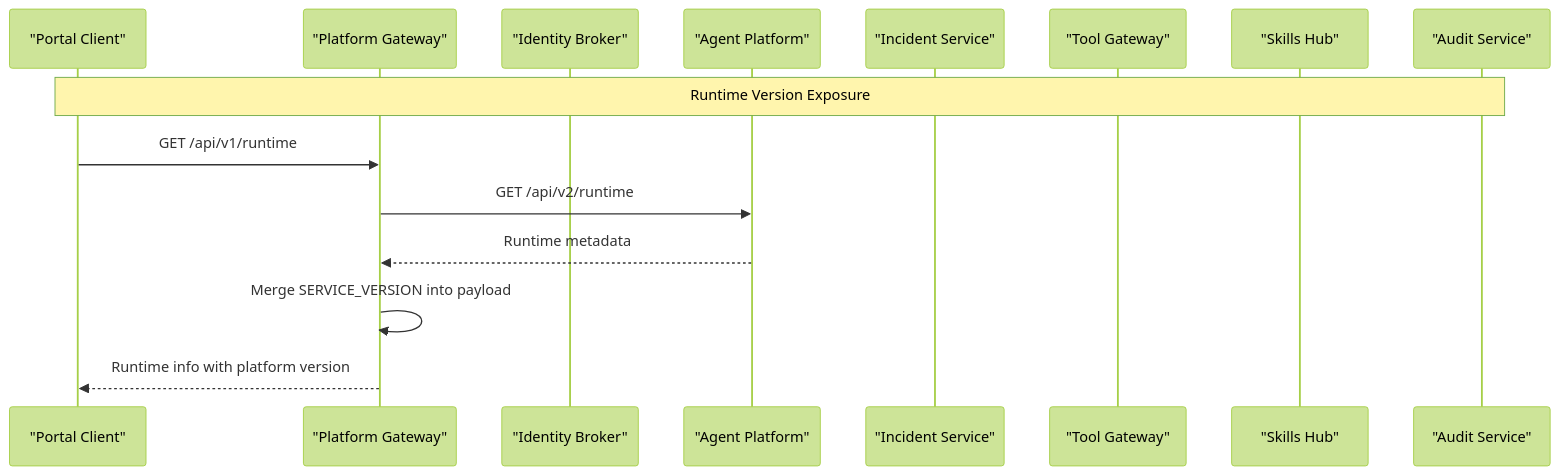
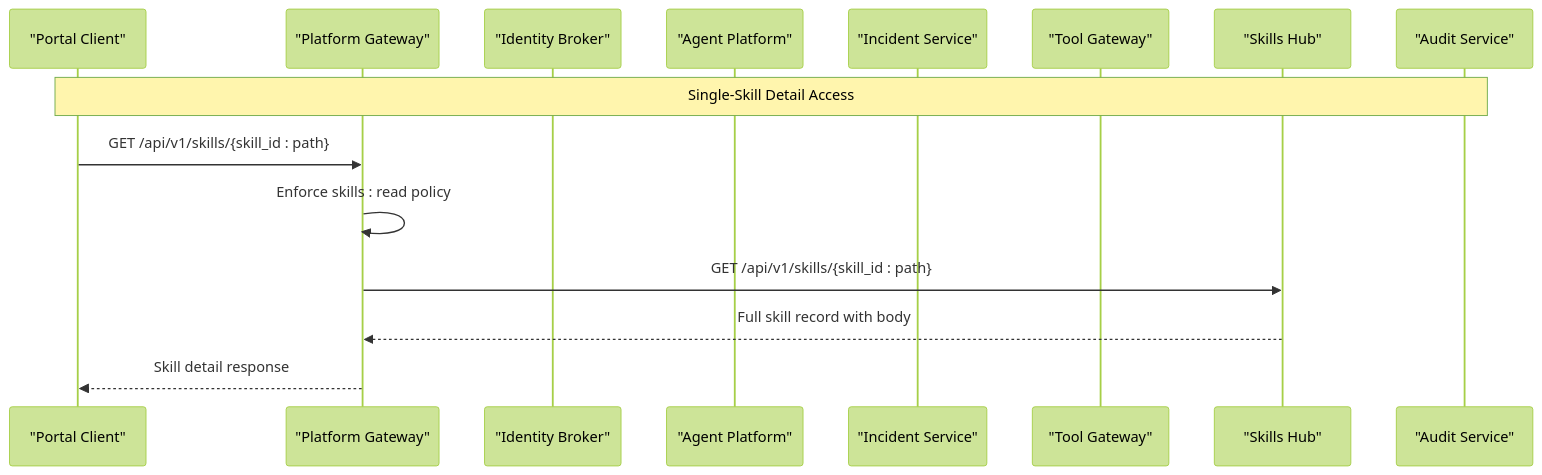
Before and after one commit to metasync/luban-aiops: the second of 17 diagrams in .qoder/repowiki/en/content/Architecture Documentation/Platform Gateway Service.md, drawn with Mermaid (forest theme). The commit also changed other lines of this file and 7 other files, not shown here.

````diff
--- a/.qoder/repowiki/en/content/Architecture Documentation/Platform Gateway Service.md
+++ b/.qoder/repowiki/en/content/Architecture Documentation/Platform Gateway Service.md
@@ -270,17 +273,17 @@
 ```mermaid
 sequenceDiagram
 participant Portal as "Portal Client"
 participant GW as "Platform Gateway"
 participant ID as "Identity Broker"
 participant AG as "Agent Platform"
 participant IS as "Incident Service"
 participant TG as "Tool Gateway"
 participant SH as "Skills Hub"
 participant AUD as "Audit Service"
-Note over Portal,AUD : Runtime Version Exposure
-Portal->>GW : GET /api/v1/runtime
-GW->>AG : GET /api/v2/runtime
-AG-->>GW : Runtime metadata
-GW->>GW : Merge SERVICE_VERSION into payload
-GW-->>Portal : Runtime info with platform version
+Note over Portal,AUD : Single-Skill Detail Access
+Portal->>GW : GET /api/v1/skills/{skill_id : path}
+GW->>GW : Enforce skills : read policy
+GW->>SH : GET /api/v1/skills/{skill_id : path}
+SH-->>GW : Full skill record with body
+GW-->>Portal : Skill detail response
 ```
````
